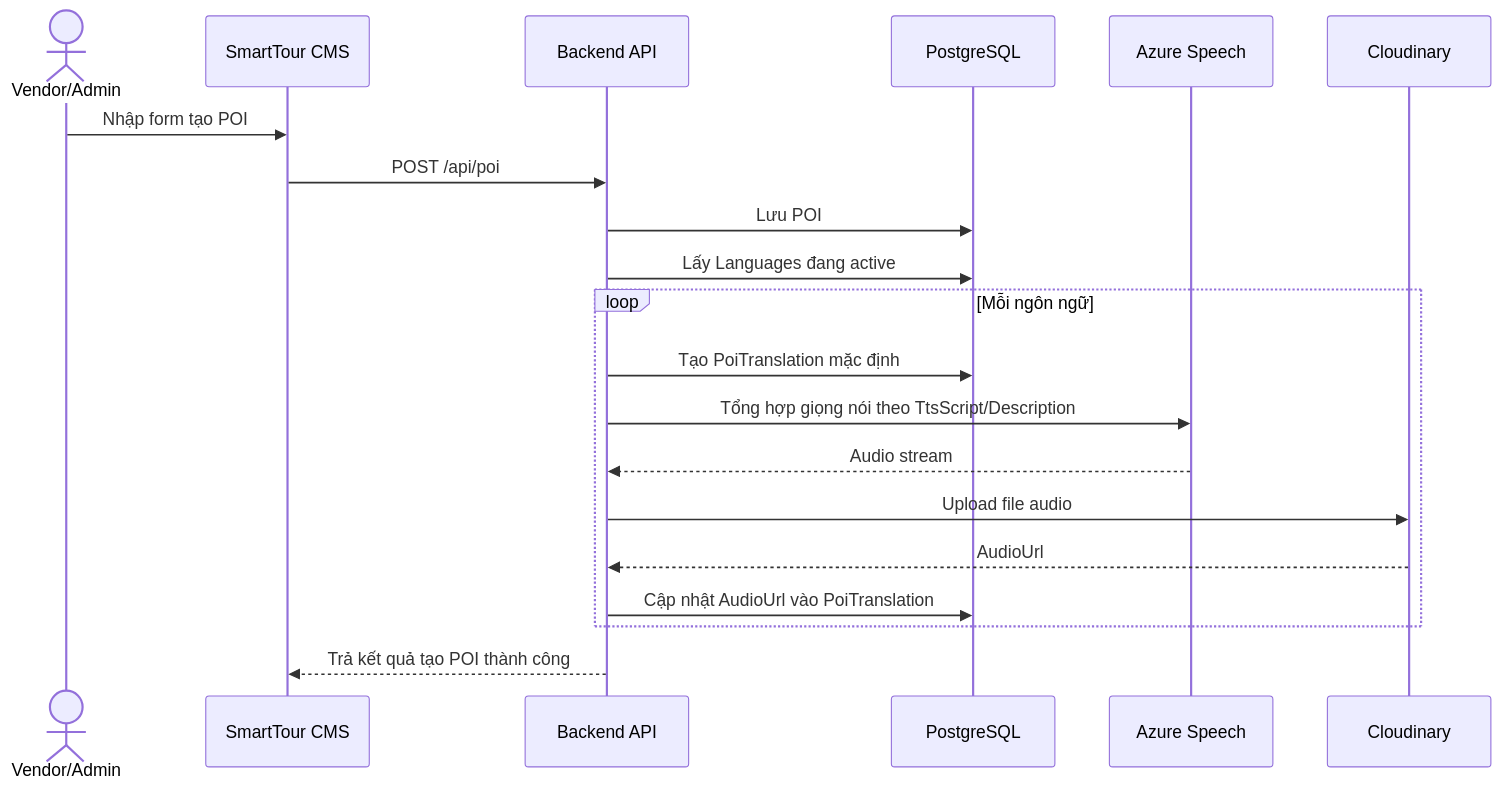
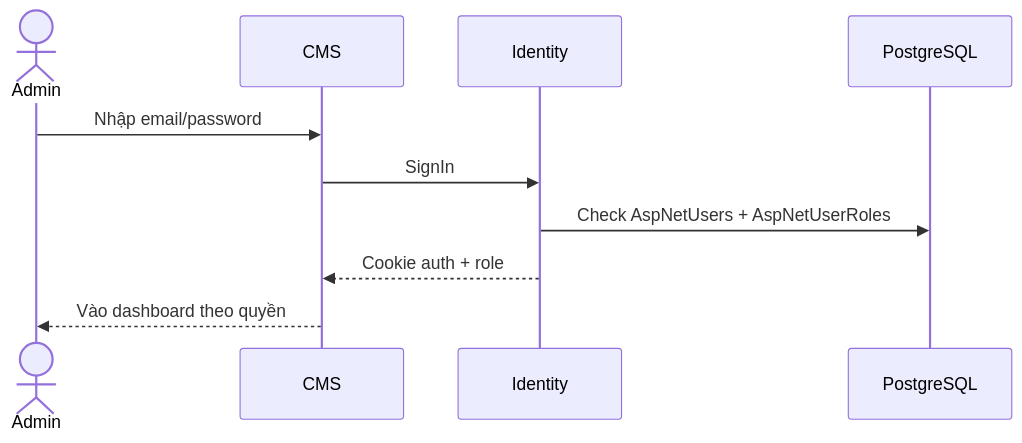
One commit to EricHoang28092k5/SmartTour changed the fifth of 41 diagrams in PRD_SmartTour.md. Above: the diagram before and after it, drawn with Mermaid. The commit also changed other lines of this file, not shown here.

````diff
--- a/PRD_SmartTour.md
+++ b/PRD_SmartTour.md
@@ -565,23 +518,12 @@
 ```mermaid
 sequenceDiagram
-    actor VA as Vendor/Admin
-    participant CMS as SmartTour CMS
-    participant API as Backend API
+    actor A as Admin
+    participant CMS as CMS
+    participant ID as Identity
     participant DB as PostgreSQL
-    participant TTS as Azure Speech
-    participant CLD as Cloudinary
-
-    VA->>CMS: Nhập form tạo POI
-    CMS->>API: POST /api/poi
-    API->>DB: Lưu POI
-    API->>DB: Lấy Languages đang active
-    loop Mỗi ngôn ngữ
-        API->>DB: Tạo PoiTranslation mặc định
-        API->>TTS: Tổng hợp giọng nói theo TtsScript/Description
-        TTS-->>API: Audio stream
-        API->>CLD: Upload file audio
-        CLD-->>API: AudioUrl
-        API->>DB: Cập nhật AudioUrl vào PoiTranslation
-    end
-    API-->>CMS: Trả kết quả tạo POI thành công
+    A->>CMS: Nhập email/password
+    CMS->>ID: SignIn
+    ID->>DB: Check AspNetUsers + AspNetUserRoles
+    ID-->>CMS: Cookie auth + role
+    CMS-->>A: Vào dashboard theo quyền
 ```
````
